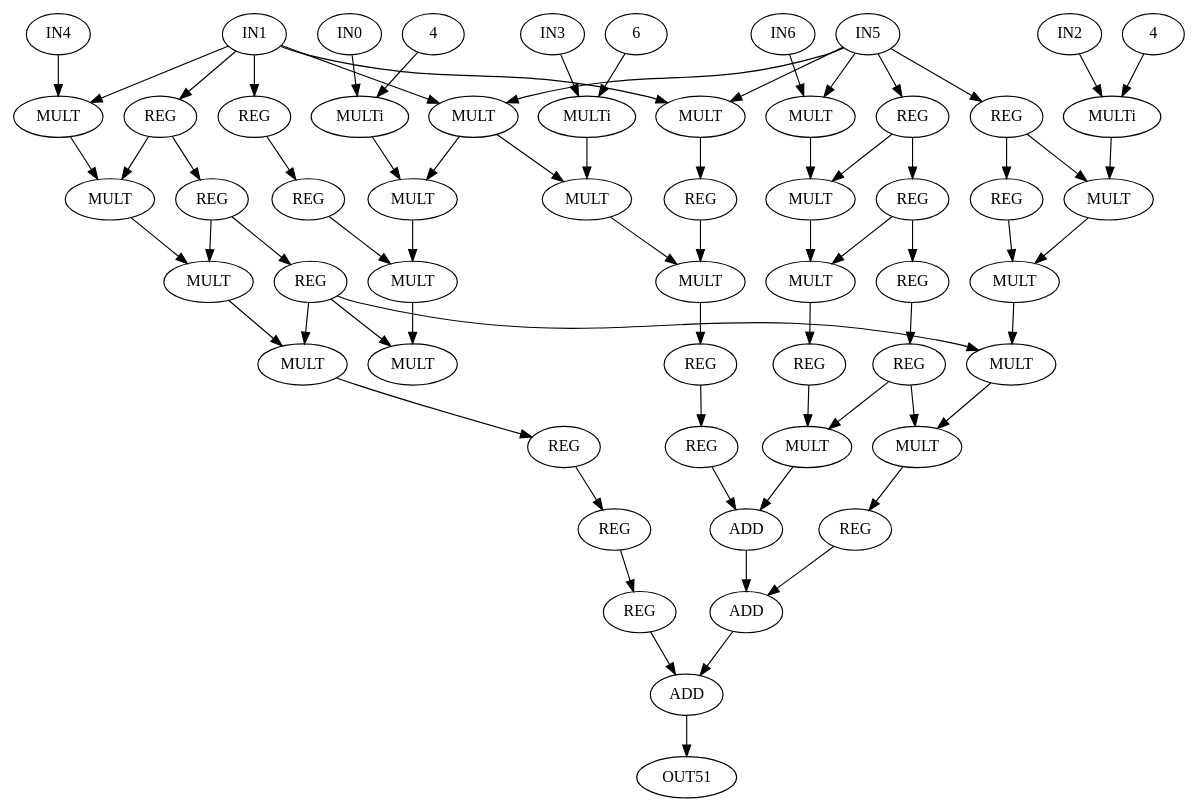
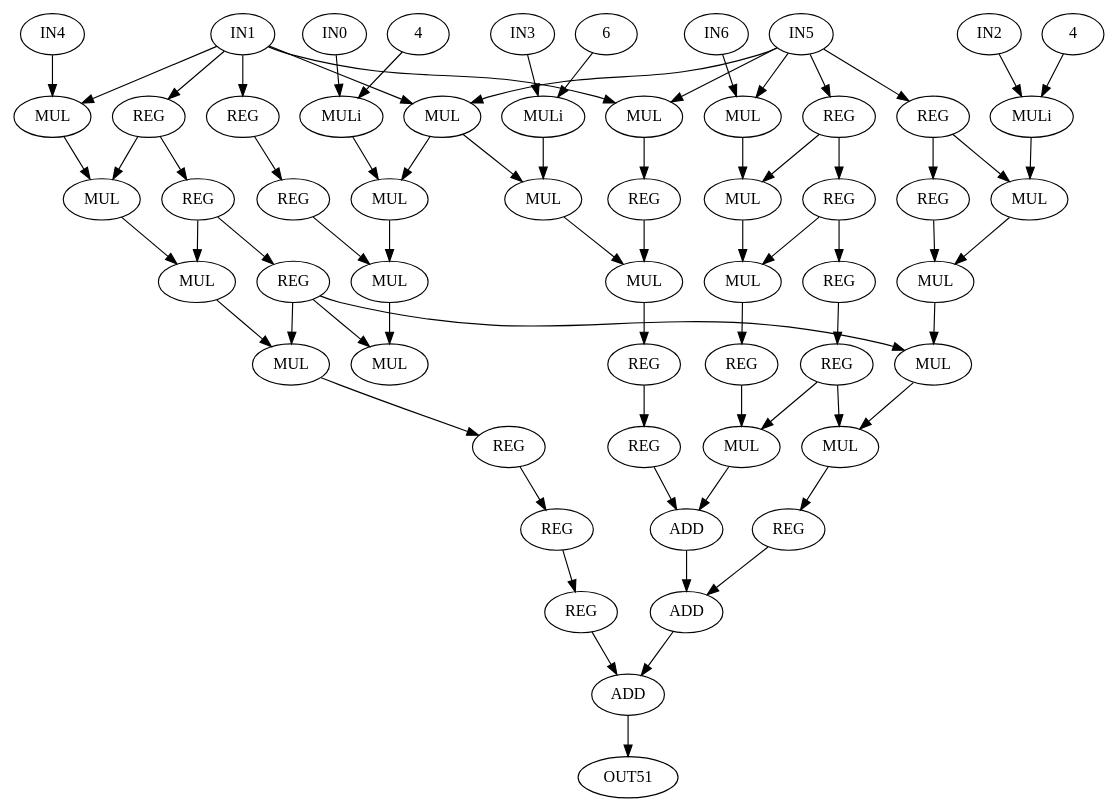
One commit to lesc-ufv/fdam changed the diagram in fdam-samples/fdam-cgra-samples/cgra_128_radix8/sw/cpp/dot_dataflows/qspline.dot. Above: the diagram before and after it, drawn with Graphviz. The commit also changed 15 other files, not shown here.

```diff
--- a/fdam-samples/fdam-cgra-samples/cgra_128_radix8/sw/cpp/dot_dataflows/qspline.dot
+++ b/fdam-samples/fdam-cgra-samples/cgra_128_radix8/sw/cpp/dot_dataflows/qspline.dot
@@ -1,127 +1,127 @@
 digraph Qslpine{
  0 [ label = IN0 ]
  1 [ label = IN1 ]
  2 [ label = IN2 ]
  3 [ label = IN3 ]
  4 [ label = IN4 ]
  5 [ label = IN5 ]
  6 [ label = IN6 ]
  7 [ label = REG]
  8 [ label = REG]
  9 [ label = REG]
  10 [ label = REG]
  11 [ label = REG]
  12 [ label = REG]
  13 [ label = REG]
  14 [ label = REG]
  15 [ label = REG]
  16 [ label = REG]
  17 [ label = REG]
  18 [ label = REG]
  19 [ label = REG]
  20 [ label = REG]
  21 [ label = REG]
  22 [ label = REG]
  23 [ label = REG]
  24 [ label = REG]
  25 [ label = REG]
- 26 [ label = MULT]
- 27 [ label = MULT]
- 28 [ label = MULTi, VALUE = 6]
+ 26 [ label = MUL]
+ 27 [ label = MUL]
+ 28 [ label = MULi, VALUE = 6]
  "28.6"[ label = 6 ]
- 29 [ label = MULT]
- 30 [ label = MULTi, VALUE = 4]
+ 29 [ label = MUL]
+ 30 [ label = MULi, VALUE = 4]
  "30.4"[ label = 4 ]
- 31 [ label = MULT]
- 32 [ label = MULTi, VALUE = 4]
+ 31 [ label = MUL]
+ 32 [ label = MULi, VALUE = 4]
  "32.4"[ label = 4 ]
- 33 [ label = MULT]
- 34 [ label = MULT]
- 35 [ label = MULT]
- 36 [ label = MULT]
- 37 [ label = MULT]
- 38 [ label = MULT]
- 39 [ label = MULT]
- 40 [ label = MULT]
- 41 [ label = MULT]
- 42 [ label = MULT]
- 43 [ label = MULT]
- 44 [ label = MULT]
- 45 [ label = MULT]
- 46 [ label = MULT]
+ 33 [ label = MUL]
+ 34 [ label = MUL]
+ 35 [ label = MUL]
+ 36 [ label = MUL]
+ 37 [ label = MUL]
+ 38 [ label = MUL]
+ 39 [ label = MUL]
+ 40 [ label = MUL]
+ 41 [ label = MUL]
+ 42 [ label = MUL]
+ 43 [ label = MUL]
+ 44 [ label = MUL]
+ 45 [ label = MUL]
+ 46 [ label = MUL]
  47 [ label = ADD]
- 48 [ label = MULT]
+ 48 [ label = MUL]
  49 [ label = ADD]
  50 [ label = ADD]
  51 [ label = OUT51 ]
  0 -> 30
  1 -> 26
  1 -> 27
  1 -> 29
  1 -> 10
  1 -> 7
  2 -> 32
  3 -> 28
  4 -> 26
  5 -> 31
  5 -> 27
  5 -> 29
  5 -> 12
  5 -> 16
  6 -> 31
  7 -> 8
  7 -> 33
  8 -> 9
  8 -> 38
  9 -> 43
  9 -> 44
  9 -> 46
  10 -> 11
  11 -> 39
  12 -> 13
  12 -> 36
  13 -> 14
  13 -> 41
  14 -> 15
  15 -> 45
  15 -> 48
  16 -> 17
  16 -> 37
  17 -> 42
  18 -> 19
  19 -> 20
  20 -> 50
  21 -> 40
  22 -> 23
  23 -> 47
  24 -> 45
  25 -> 49
  26 -> 33
  27 -> 21
  "28.6" -> 28
  28 -> 34
  29 -> 34
  29 -> 35
  "30.4" -> 30
  30 -> 35
  31 -> 36
  "32.4" -> 32
  32 -> 37
  33 -> 38
  34 -> 40
  35 -> 39
  36 -> 41
  37 -> 42
  38 -> 43
  39 -> 44
  40 -> 22
  41 -> 24
  42 -> 46
  43 -> 18
  45 -> 47
  46 -> 48
  47 -> 49
  48 -> 25
  49 -> 50
  50 -> 51
 }
```
